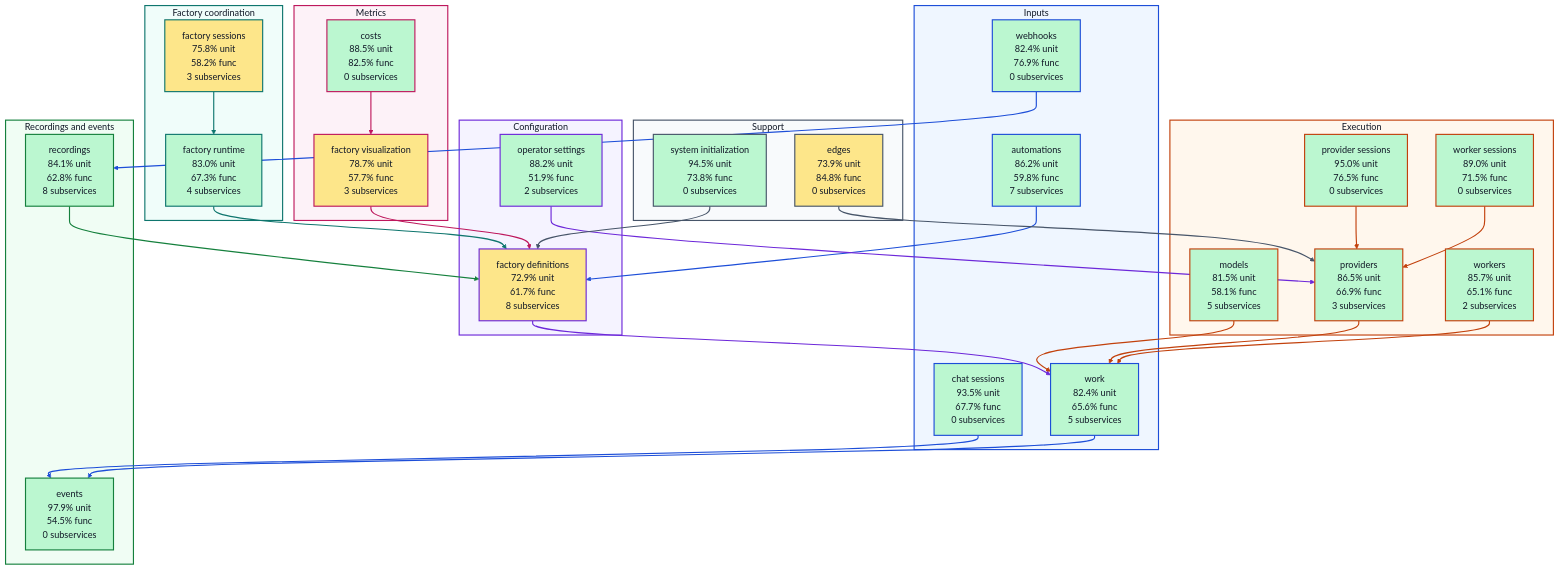
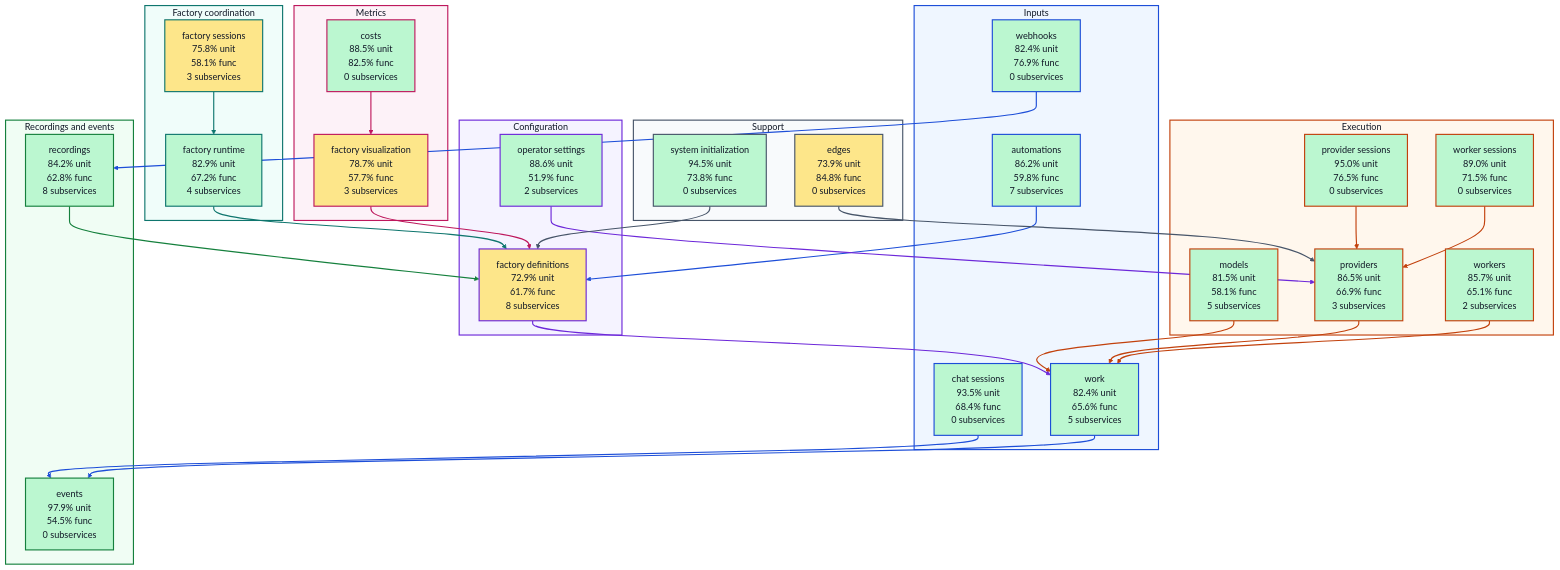
One commit to portpowered/you-agent-factory changed the diagram in docs/architecture/visualizations/high-level-test-coverage.md. Above: the diagram before and after it, drawn with Mermaid. The commit also changed other lines of this file and 20 other files, not shown here.

Commit message:
docs: refresh backend architecture visualizations

```diff
--- a/docs/architecture/visualizations/high-level-test-coverage.md
+++ b/docs/architecture/visualizations/high-level-test-coverage.md
@@ -12,17 +12,17 @@
 flowchart TB
   subgraph input["Inputs"]
     s_services_automations["automations<br/>86.2% unit<br/>59.8% func<br/>7 subservices"]
-    s_services_chat_sessions["chat sessions<br/>93.5% unit<br/>67.7% func<br/>0 subservices"]
+    s_services_chat_sessions["chat sessions<br/>93.5% unit<br/>68.4% func<br/>0 subservices"]
     s_services_webhooks["webhooks<br/>82.4% unit<br/>76.9% func<br/>0 subservices"]
     s_services_work["work<br/>82.4% unit<br/>65.6% func<br/>5 subservices"]
   end
   subgraph configuration["Configuration"]
     s_services_factory_definitions["factory definitions<br/>72.9% unit<br/>61.7% func<br/>8 subservices"]
-    s_services_operator_settings["operator settings<br/>88.2% unit<br/>51.9% func<br/>2 subservices"]
+    s_services_operator_settings["operator settings<br/>88.6% unit<br/>51.9% func<br/>2 subservices"]
   end
   subgraph coordination["Factory coordination"]
-    s_services_factory_runtime["factory runtime<br/>83.0% unit<br/>67.3% func<br/>4 subservices"]
-    s_services_factory_sessions["factory sessions<br/>75.8% unit<br/>58.2% func<br/>3 subservices"]
+    s_services_factory_runtime["factory runtime<br/>82.9% unit<br/>67.2% func<br/>4 subservices"]
+    s_services_factory_sessions["factory sessions<br/>75.8% unit<br/>58.1% func<br/>3 subservices"]
   end
   subgraph execution["Execution"]
     s_services_models["models<br/>81.5% unit<br/>58.1% func<br/>5 subservices"]
@@ -33,7 +33,7 @@
   end
   subgraph recordings["Recordings and events"]
     s_services_events["events<br/>97.9% unit<br/>54.5% func<br/>0 subservices"]
-    s_services_recordings["recordings<br/>84.1% unit<br/>62.8% func<br/>8 subservices"]
+    s_services_recordings["recordings<br/>84.2% unit<br/>62.8% func<br/>8 subservices"]
   end
   subgraph metrics["Metrics"]
     s_services_costs["costs<br/>88.5% unit<br/>82.5% func<br/>0 subservices"]
```
